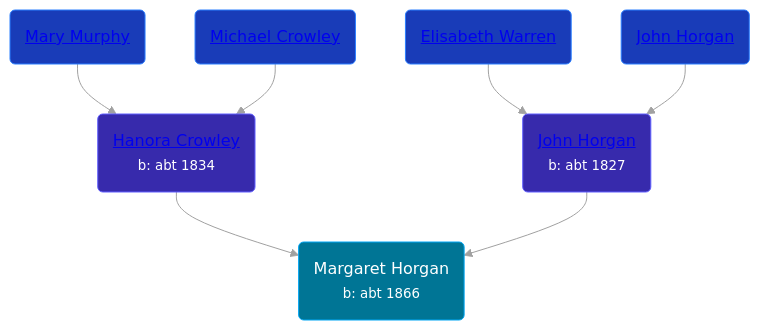
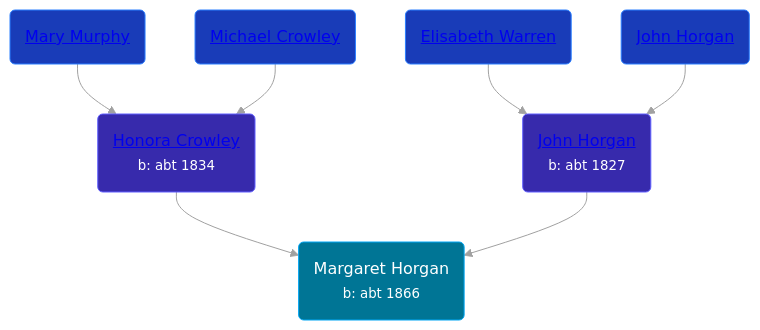
The diagram in pages/people/7/77180611.md (wpmgotkh/wpmgotkh.github.io), drawn with Mermaid before and after one commit. The commit also changed other lines of this file and 257 other files, not shown here.

````diff
--- a/pages/people/7/77180611.md
+++ b/pages/people/7/77180611.md
@@ -10,14 +10,14 @@
 ```mermaid
 graph
 classDef grands fill:#193cb8,stroke:#2b7fff,stroke-width:1px,color:#fff;
 classDef parents fill:#372aac,stroke:#615fff,stroke-width:1px,color:#fff;
 classDef primary fill:#007595,stroke:#00a6f4,stroke-width:1px,color:#fff;
 77180611(Margaret Horgan<br /><small>b: abt 1866</small>):::primary
-72193795(<a class="text-white" href="/people/7/72193795">Hanora Crowley</a><br /><small>b: abt 1834</small>):::parents-->77180611
+72193795(<a class="text-white" href="/people/7/72193795">Honora Crowley</a><br /><small>b: abt 1834</small>):::parents-->77180611
 62618528(<a class="text-white" href="/people/6/62618528">Mary Murphy</a>):::grands-->72193795
 58336236(<a class="text-white" href="/people/5/58336236">Michael Crowley</a>):::grands-->72193795
 54161773(<a class="text-white" href="/people/5/54161773">John Horgan</a><br /><small>b: abt 1827</small>):::parents-->77180611
 68775768(<a class="text-white" href="/people/6/68775768">Elisabeth Warren</a>):::grands-->54161773
 42410084(<a class="text-white" href="/people/4/42410084">John Horgan</a>):::grands-->54161773
 linkStyle default stroke:#a1a1a1
 ```
````
